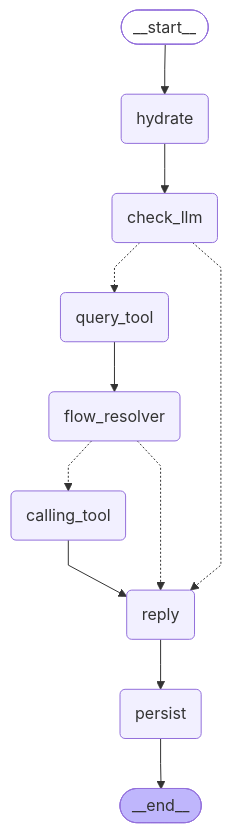
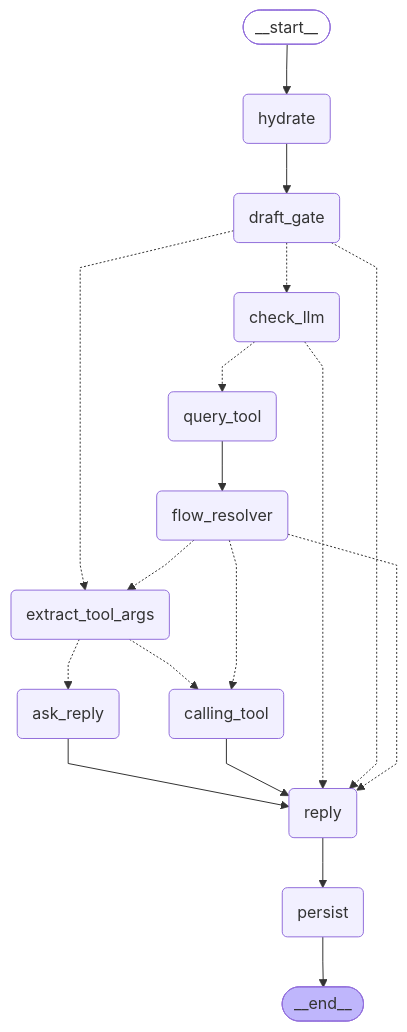
Before and after one commit to Moumennjr/ecom-assitant-agent-v2: the diagram in graph.mmd, drawn with Mermaid. The commit also changed 4 other files, not shown here.

Commit message:
feat: add schema-driven multi-turn tool argument drafts

```diff
--- a/graph.mmd
+++ b/graph.mmd
@@ -1,28 +1,38 @@
 ---
 config:
   flowchart:
     curve: linear
 ---
 graph TD;
 	__start__([<p>__start__</p>]):::first
 	hydrate(hydrate)
+	draft_gate(draft_gate)
+	extract_tool_args(extract_tool_args)
+	ask_reply(ask_reply)
 	check_llm(check_llm)
 	query_tool(query_tool)
 	flow_resolver(flow_resolver)
 	calling_tool(calling_tool)
 	reply(reply)
 	persist(persist)
 	__end__([<p>__end__</p>]):::last
 	__start__ --> hydrate;
+	ask_reply --> reply;
 	calling_tool --> reply;
 	check_llm -.-> query_tool;
 	check_llm -.-> reply;
+	draft_gate -.-> check_llm;
+	draft_gate -.-> extract_tool_args;
+	draft_gate -.-> reply;
+	extract_tool_args -.-> ask_reply;
+	extract_tool_args -.-> calling_tool;
 	flow_resolver -.-> calling_tool;
+	flow_resolver -.-> extract_tool_args;
 	flow_resolver -.-> reply;
-	hydrate --> check_llm;
+	hydrate --> draft_gate;
 	query_tool --> flow_resolver;
 	reply --> persist;
 	persist --> __end__;
 	classDef default fill:#f2f0ff,line-height:1.2
 	classDef first fill-opacity:0
 	classDef last fill:#bfb6fc
```
